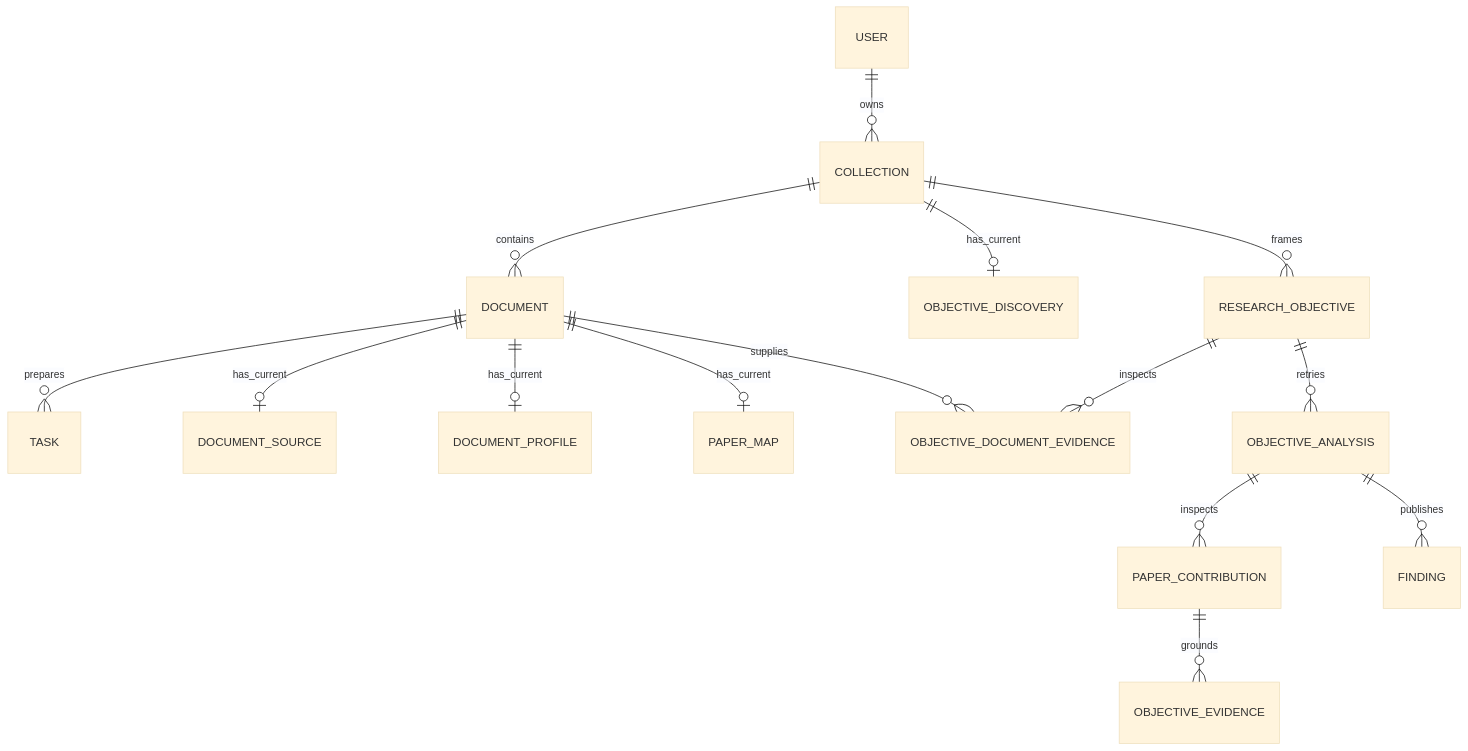
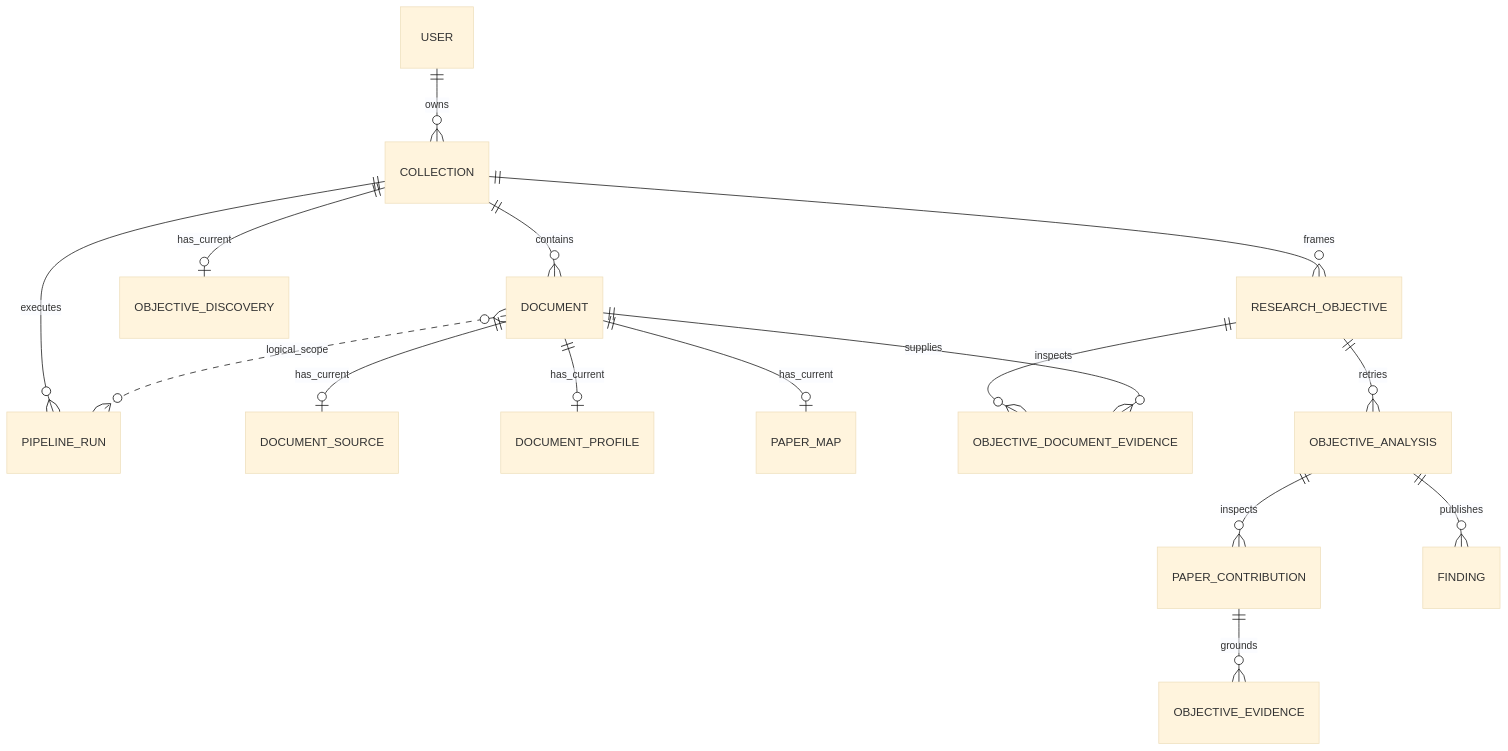
One commit to JeanphiloGong/tsingai-lens changed the diagram in backend/docs/architecture/persistence-model.md. Above: the diagram before and after it, drawn with Mermaid (base theme). The commit also changed other lines of this file and 71 other files, not shown here.

````diff
--- a/backend/docs/architecture/persistence-model.md
+++ b/backend/docs/architecture/persistence-model.md
@@ -158,17 +164,18 @@
 ```mermaid
 erDiagram
     USER ||--o{ COLLECTION : owns
     COLLECTION ||--o{ DOCUMENT : contains
-    DOCUMENT ||--o{ TASK : prepares
+    COLLECTION ||--o{ PIPELINE_RUN : executes
+    DOCUMENT }o..o{ PIPELINE_RUN : logical_scope
     DOCUMENT ||--o| DOCUMENT_SOURCE : has_current
     DOCUMENT ||--o| DOCUMENT_PROFILE : has_current
     DOCUMENT ||--o| PAPER_MAP : has_current
     COLLECTION ||--o| OBJECTIVE_DISCOVERY : has_current
     COLLECTION ||--o{ RESEARCH_OBJECTIVE : frames
     RESEARCH_OBJECTIVE ||--o{ OBJECTIVE_DOCUMENT_EVIDENCE : inspects
     DOCUMENT ||--o{ OBJECTIVE_DOCUMENT_EVIDENCE : supplies
     RESEARCH_OBJECTIVE ||--o{ OBJECTIVE_ANALYSIS : retries
     OBJECTIVE_ANALYSIS ||--o{ PAPER_CONTRIBUTION : inspects
     PAPER_CONTRIBUTION ||--o{ OBJECTIVE_EVIDENCE : grounds
     OBJECTIVE_ANALYSIS ||--o{ FINDING : publishes
 ```
````
